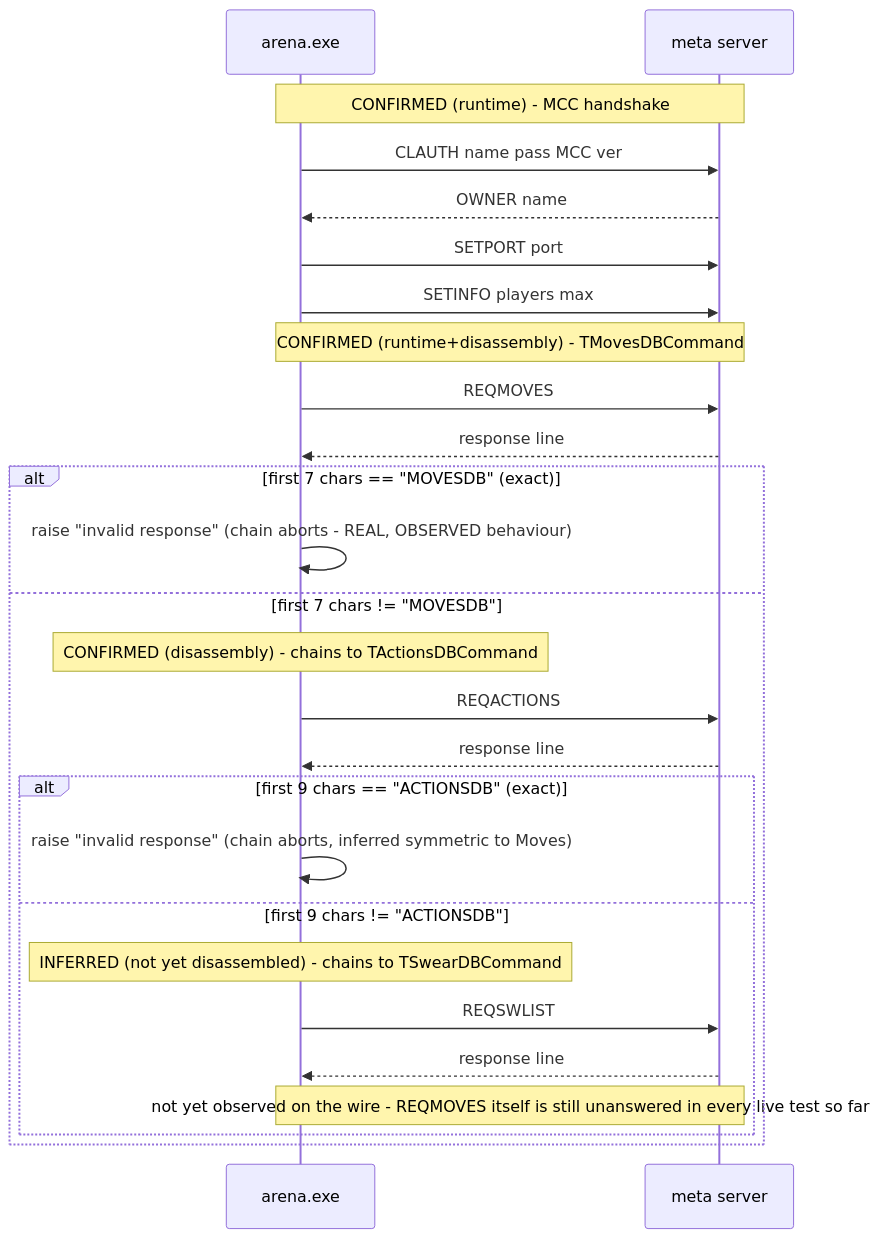
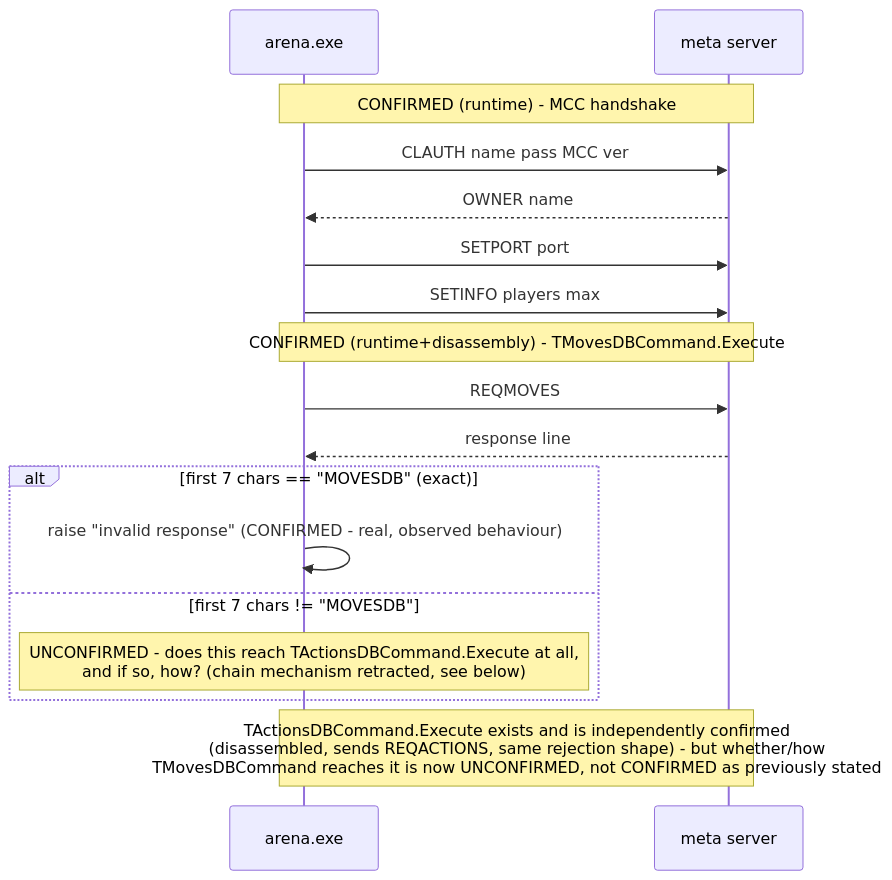
The second of 2 diagrams in docs/protocol.md (simonhayes51/gitr2k), drawn with Mermaid before and after one commit. The commit also changed other lines of this file and 2 other files, not shown here.

First line of the commit message:
Retract a wrong VMT-chain claim; record a solid Execute-array finding

````diff
--- a/docs/protocol.md
+++ b/docs/protocol.md
@@ -255,30 +246,22 @@
 ```mermaid
 sequenceDiagram
     participant Arena as arena.exe
     participant Server as meta server
 
     Note over Arena,Server: CONFIRMED (runtime) - MCC handshake
     Arena->>Server: CLAUTH name pass MCC ver
     Server-->>Arena: OWNER name
     Arena->>Server: SETPORT port
     Arena->>Server: SETINFO players max
 
-    Note over Arena,Server: CONFIRMED (runtime+disassembly) - TMovesDBCommand
+    Note over Arena,Server: CONFIRMED (runtime+disassembly) - TMovesDBCommand.Execute
     Arena->>Server: REQMOVES
     Server-->>Arena: response line
     alt first 7 chars == "MOVESDB" (exact)
-        Arena->>Arena: raise "invalid response" (chain aborts - REAL, OBSERVED behaviour)
+        Arena->>Arena: raise "invalid response" (CONFIRMED - real, observed behaviour)
     else first 7 chars != "MOVESDB"
-        Note over Arena: CONFIRMED (disassembly) - chains to TActionsDBCommand
-        Arena->>Server: REQACTIONS
-        Server-->>Arena: response line
-        alt first 9 chars == "ACTIONSDB" (exact)
-            Arena->>Arena: raise "invalid response" (chain aborts, inferred symmetric to Moves)
-        else first 9 chars != "ACTIONSDB"
-            Note over Arena: INFERRED (not yet disassembled) - chains to TSwearDBCommand
-            Arena->>Server: REQSWLIST
-            Server-->>Arena: response line
-            Note over Arena,Server: not yet observed on the wire - REQMOVES itself is still unanswered in every live test so far
-        end
+        Note over Arena: UNCONFIRMED - does this reach TActionsDBCommand.Execute at all,<br/>and if so, how? (chain mechanism retracted, see below)
     end
+
+    Note over Arena,Server: TActionsDBCommand.Execute exists and is independently confirmed<br/>(disassembled, sends REQACTIONS, same rejection shape) - but whether/how<br/>TMovesDBCommand reaches it is now UNCONFIRMED, not CONFIRMED as previously stated
 ```
````
